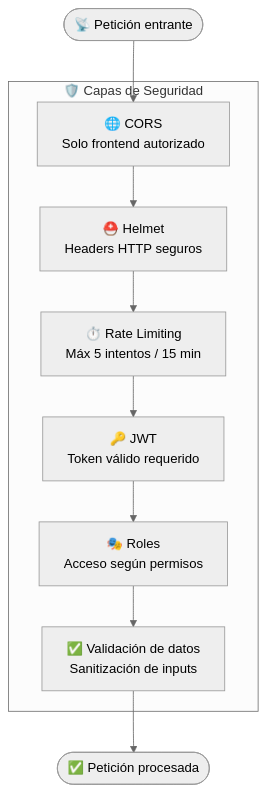
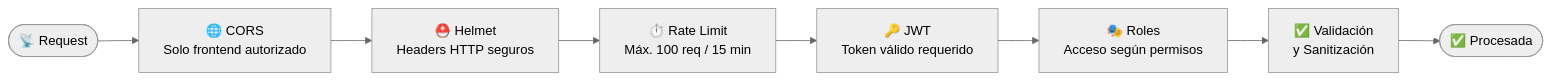
The seventh of 7 diagrams in backend/README.md (Vicentezapata/proviemplea-greudy), drawn with Mermaid (neutral theme) before and after one commit. The commit also changed other lines of this file, not shown here.

````diff
--- a/backend/README.md
+++ b/backend/README.md
@@ -449,15 +646,10 @@
 ```mermaid
-flowchart TD
-    A([📡 Petición entrante]) --> B
-
-    subgraph Capas["🛡️ Capas de Seguridad"]
-        B["🌐 CORS\nSolo frontend autorizado"]
-        B --> C["⛑️ Helmet\nHeaders HTTP seguros"]
-        C --> D["⏱️ Rate Limiting\nMáx 5 intentos / 15 min"]
-        D --> E["🔑 JWT\nToken válido requerido"]
-        E --> F["🎭 Roles\nAcceso según permisos"]
-        F --> G["✅ Validación de datos\nSanitización de inputs"]
-    end
-
-    G --> H([✅ Petición procesada])
+flowchart LR
+    A([📡 Request]) --> B["🌐 CORS\nSolo frontend autorizado"]
+    B --> C["⛑️ Helmet\nHeaders HTTP seguros"]
+    C --> D["⏱️ Rate Limit\nMáx. 100 req / 15 min"]
+    D --> E["🔑 JWT\nToken válido requerido"]
+    E --> F["🎭 Roles\nAcceso según permisos"]
+    F --> G["✅ Validación\ny Sanitización"]
+    G --> H([✅ Procesada])
 ```
````
